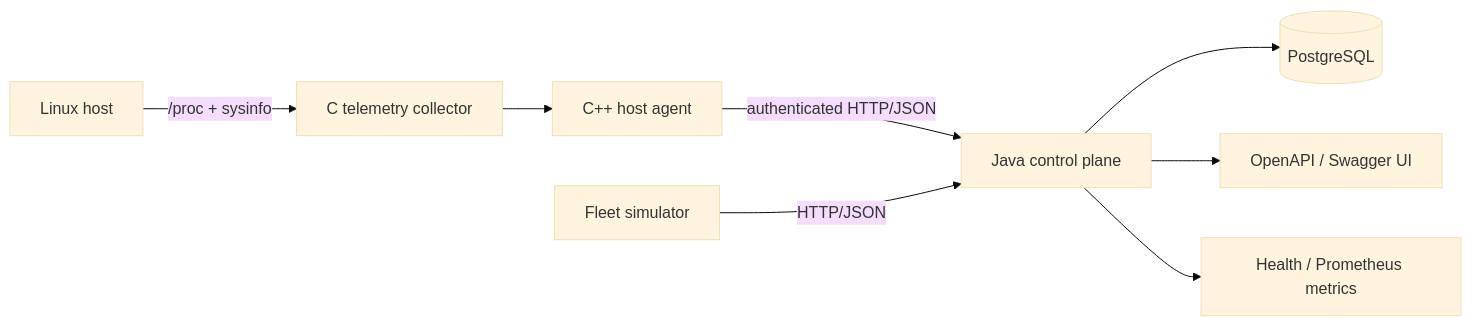
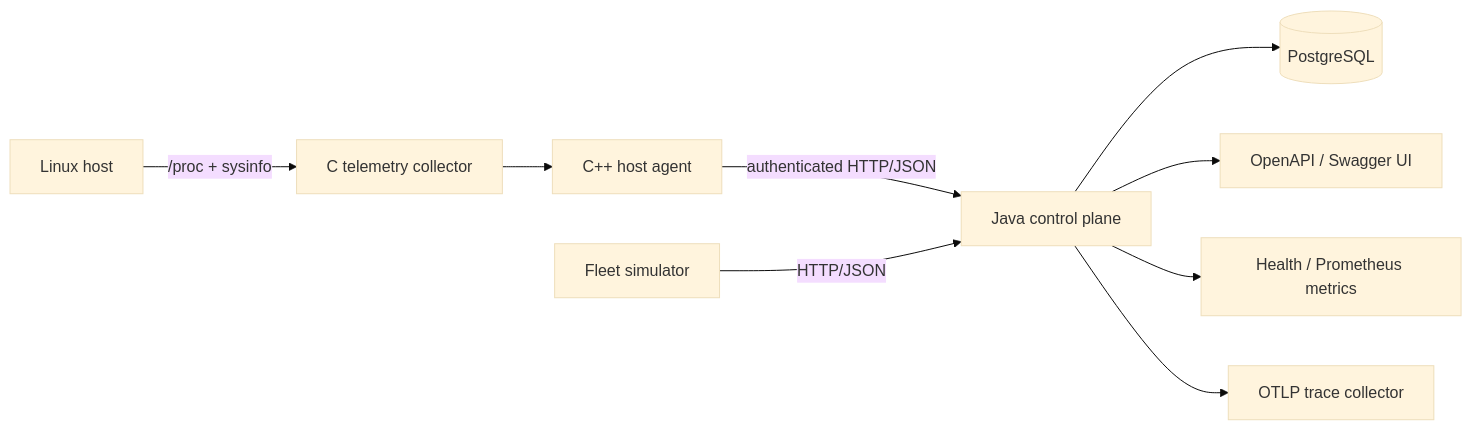
One commit to yjr28/NorthStar changed the diagram in README.md. Above: the diagram before and after it, drawn with Mermaid (base theme). The commit also changed other lines of this file and 4 other files, not shown here.

First line of the commit message:
Add OpenTelemetry OTLP trace export plumbing (#17)

````diff
--- a/README.md
+++ b/README.md
@@ -9,10 +9,11 @@
 ```mermaid
 flowchart LR
     H[Linux host] -->|/proc + sysinfo| C[C telemetry collector]
     C --> A[C++ host agent]
     A -->|authenticated HTTP/JSON| J[Java control plane]
     J --> P[(PostgreSQL)]
     S[Fleet simulator] -->|HTTP/JSON| J
     J --> O[OpenAPI / Swagger UI]
     J --> M[Health / Prometheus metrics]
+    J --> T[OTLP trace collector]
 ```
````
